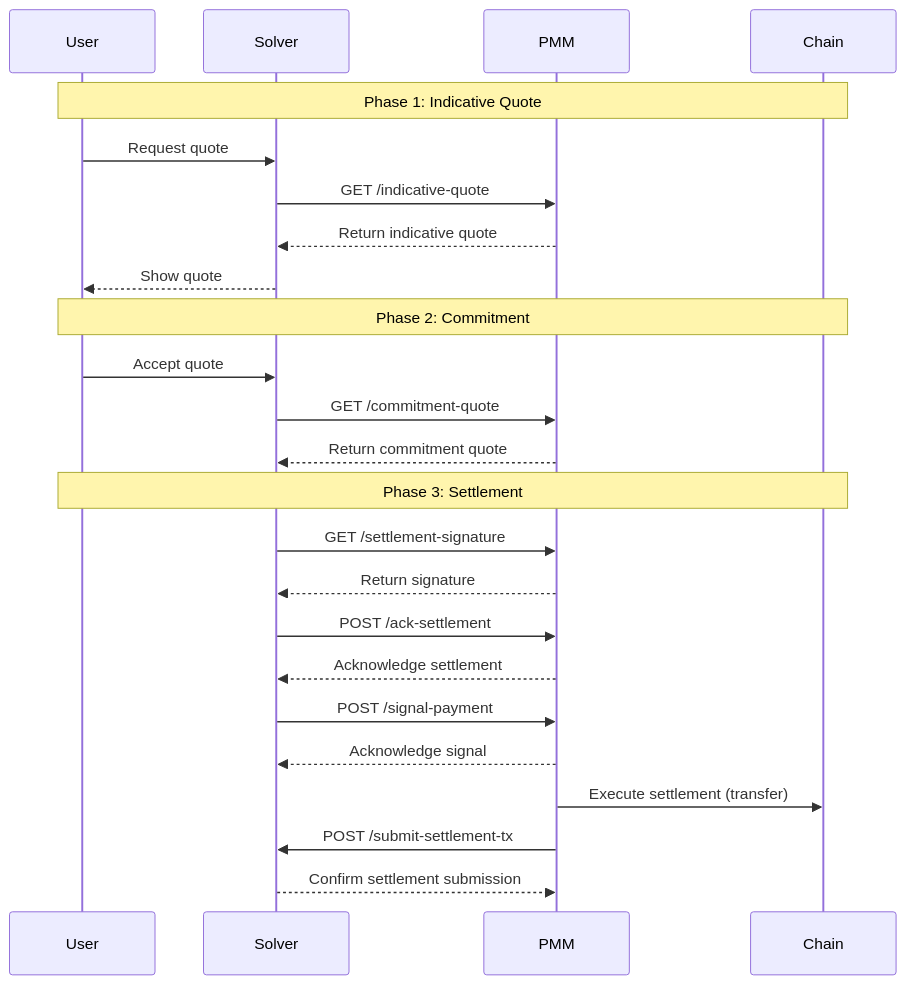
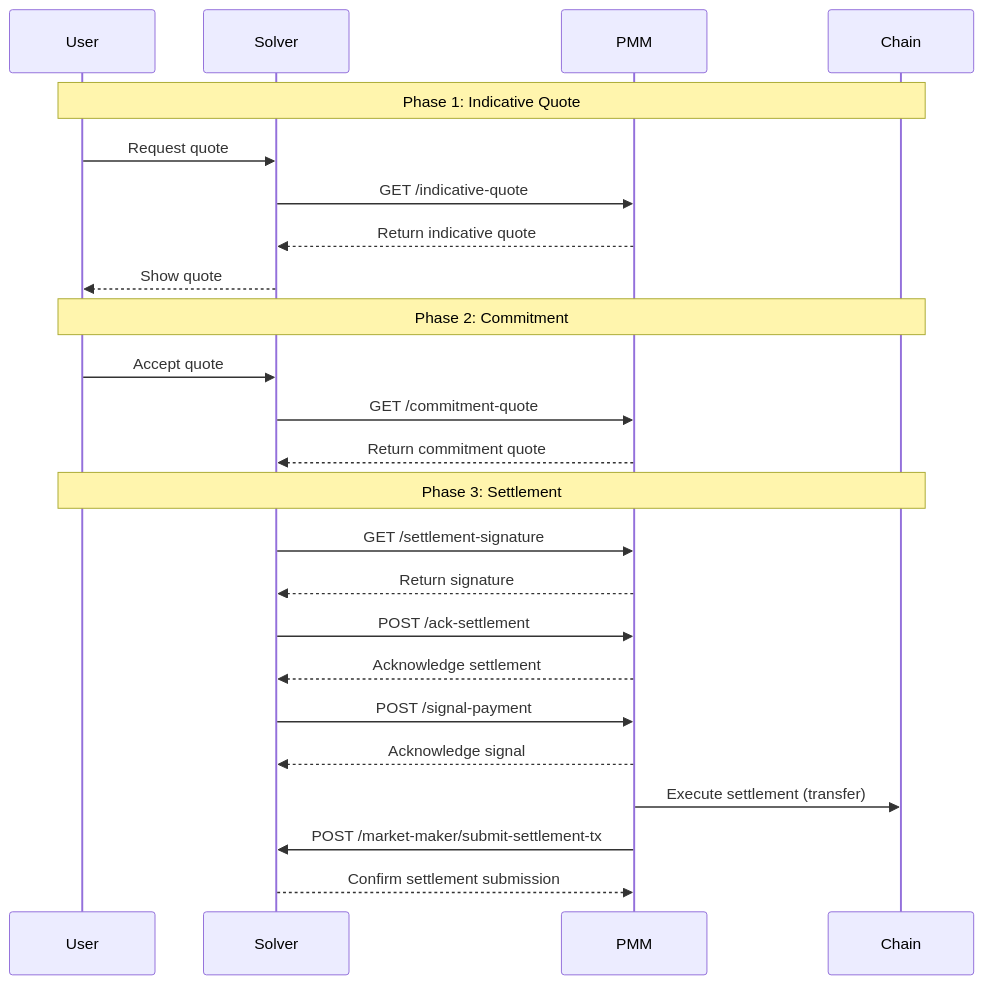
Before and after one commit to optimex-xyz/market-maker-sdk: the diagram in README.md, drawn with Mermaid. The commit also changed other lines of this file, not shown here.

````diff
--- a/README.md
+++ b/README.md
@@ -63,29 +74,29 @@
 ```mermaid
 sequenceDiagram
     participant User
     participant Solver
     participant PMM
     participant Chain
 
     Note over User,Chain: Phase 1: Indicative Quote
     User->>Solver: Request quote
     Solver->>PMM: GET /indicative-quote
     PMM-->>Solver: Return indicative quote
     Solver-->>User: Show quote
 
     Note over User,Chain: Phase 2: Commitment
     User->>Solver: Accept quote
     Solver->>PMM: GET /commitment-quote
     PMM-->>Solver: Return commitment quote
 
     Note over User,Chain: Phase 3: Settlement
     Solver->>PMM: GET /settlement-signature
     PMM-->>Solver: Return signature
     Solver->>PMM: POST /ack-settlement
     PMM-->>Solver: Acknowledge settlement
     Solver->>PMM: POST /signal-payment
     PMM-->>Solver: Acknowledge signal
     PMM->>Chain: Execute settlement (transfer)
-    PMM->>Solver: POST /submit-settlement-tx
+    PMM->>Solver: POST /market-maker/submit-settlement-tx
     Solver-->>PMM: Confirm settlement submission
 ```
````
